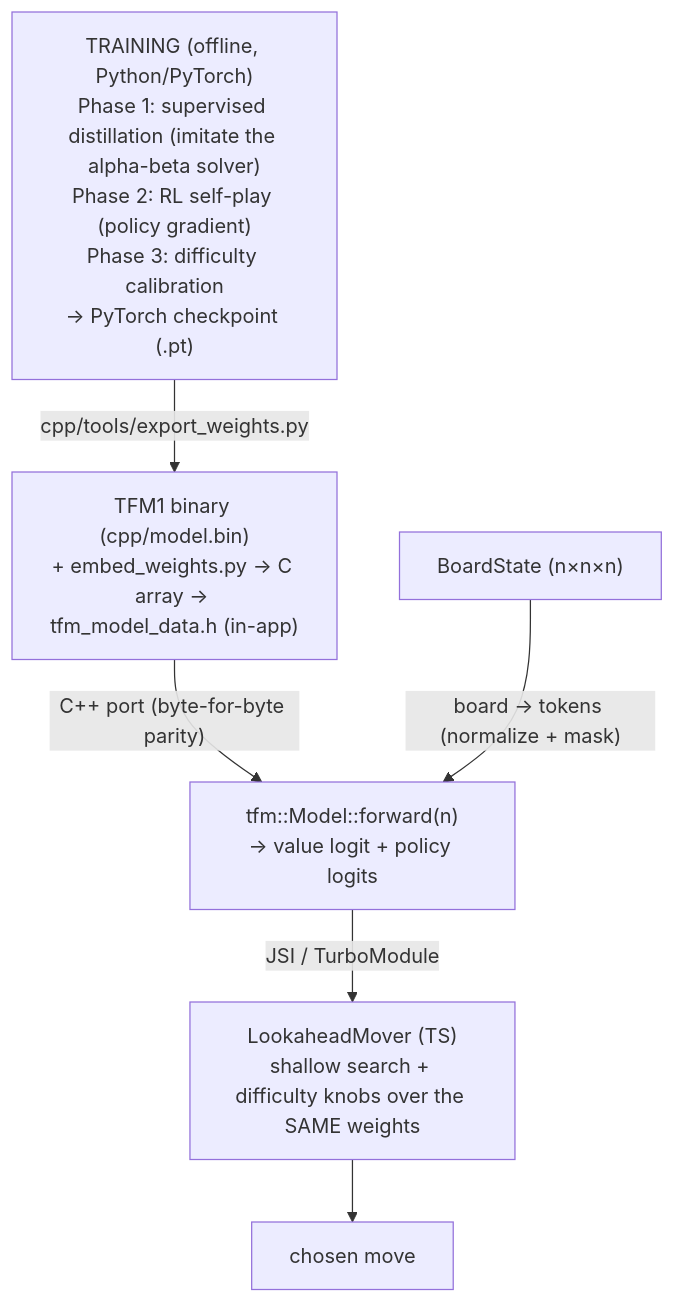
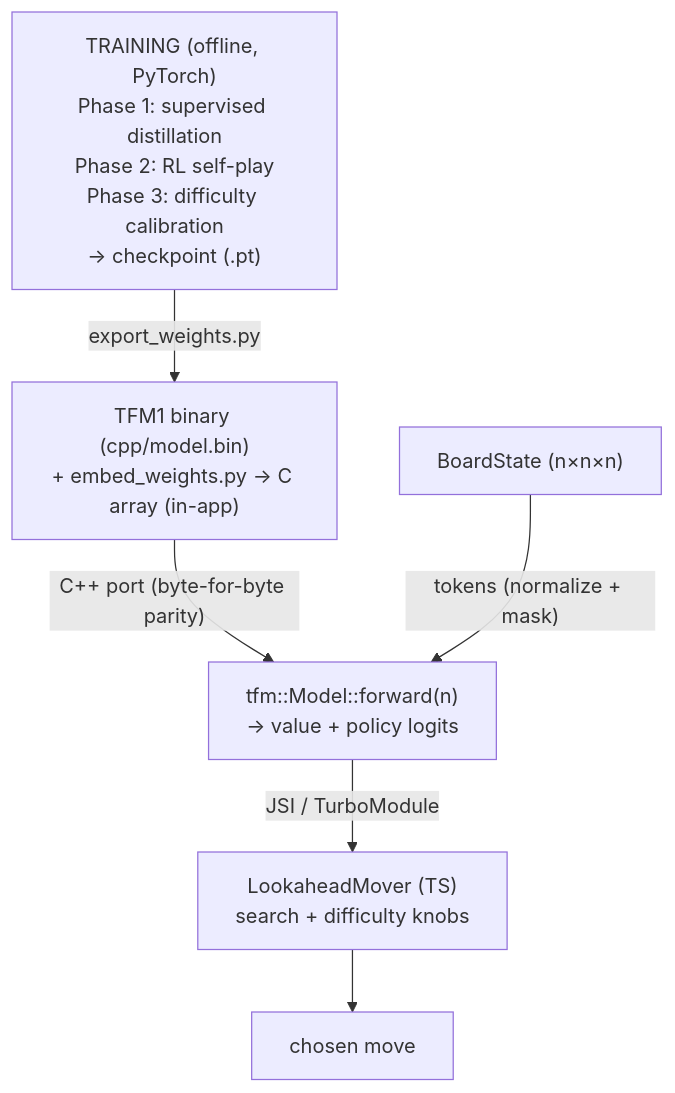
The first of 12 diagrams in README.md (darkslayer-ns/3d-tiktactoe), drawn with Mermaid before and after one commit. The commit also changed other lines of this file, not shown here.

First line of the commit message:
docs: compact mermaid labels + Go-solver dataset generation

````diff
--- a/README.md
+++ b/README.md
@@ -17,9 +17,9 @@
 ```mermaid
 flowchart TD
-    TR["TRAINING (offline, Python/PyTorch)<br/>Phase 1: supervised distillation (imitate the alpha-beta solver)<br/>Phase 2: RL self-play (policy gradient)<br/>Phase 3: difficulty calibration<br/>→ PyTorch checkpoint (.pt)"]
-    TR -->|"cpp/tools/export_weights.py"| BIN["TFM1 binary (cpp/model.bin)<br/>+ embed_weights.py → C array → tfm_model_data.h (in-app)"]
-    BIN -->|"C++ port (byte-for-byte parity)"| FWD["tfm::Model::forward(n)<br/>→ value logit + policy logits"]
-    BS["BoardState (n×n×n)"] -->|"board → tokens (normalize + mask)"| FWD
-    FWD -->|"JSI / TurboModule"| MVR["LookaheadMover (TS)<br/>shallow search + difficulty knobs over the SAME weights"]
+    TR["TRAINING (offline, PyTorch)<br/>Phase 1: supervised distillation<br/>Phase 2: RL self-play<br/>Phase 3: difficulty calibration<br/>→ checkpoint (.pt)"]
+    TR -->|"export_weights.py"| BIN["TFM1 binary (cpp/model.bin)<br/>+ embed_weights.py → C array (in-app)"]
+    BIN -->|"C++ port (byte-for-byte parity)"| FWD["tfm::Model::forward(n)<br/>→ value + policy logits"]
+    BS["BoardState (n×n×n)"] -->|"tokens (normalize + mask)"| FWD
+    FWD -->|"JSI / TurboModule"| MVR["LookaheadMover (TS)<br/>search + difficulty knobs"]
     MVR --> CH["chosen move"]
 ```
````
